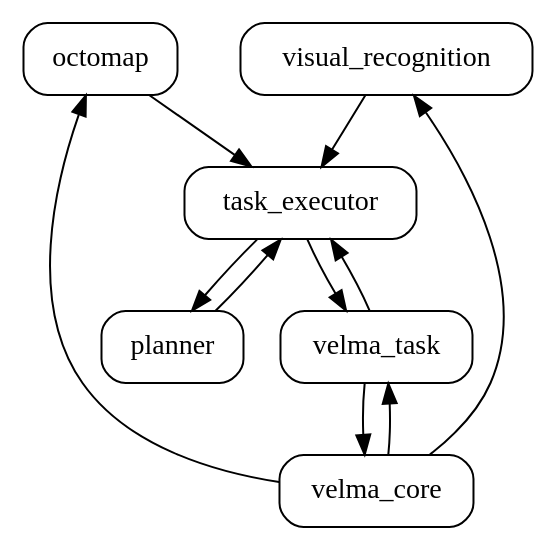
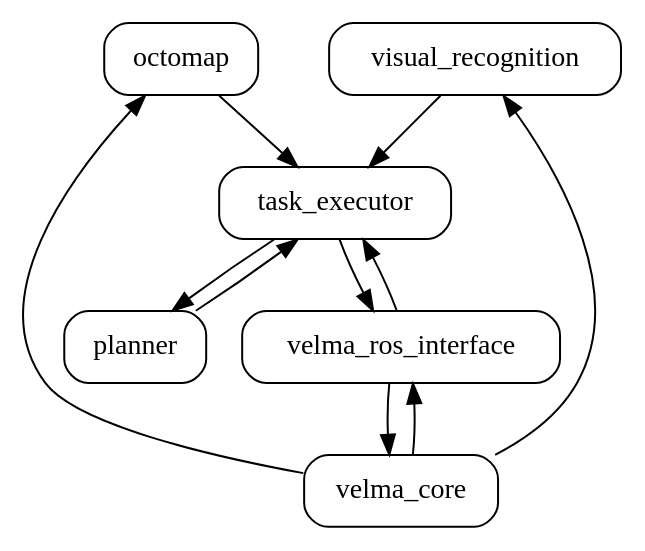
Before and after one commit to RCPRG-ros-pkg/velma_docs: the diagram in public/img/agents_example.dot, drawn with Graphviz. The commit also changed 12 other files, not shown here.

Commit message:
changed velma_task to velma_ros_interface

```diff
--- a/public/img/agents_example.dot
+++ b/public/img/agents_example.dot
@@ -1,24 +1,24 @@
 digraph graphname {
     task  [style=filled shape=box style=rounded label = "task_executor"];
     agent_a [style=filled shape=box style=rounded label = "planner"];
     agent_b [style=filled shape=box style=rounded label = "octomap"];
     agent_c [style=filled shape=box style=rounded label = "visual_recognition"];
-    velma_task [style=filled shape=box style=rounded label = "velma_task"];
+    velma_ros_interface [style=filled shape=box style=rounded label = "velma_ros_interface"];
     {rank=sink velma_core [style=filled shape=box style=rounded label = "velma_core"];}
 
-    velma_task -> velma_core;
-    velma_core -> velma_task;
+    velma_ros_interface -> velma_core;
+    velma_core -> velma_ros_interface;
     velma_core -> agent_b;
     velma_core -> agent_c;
 
     task -> agent_a;
 
-    velma_task -> task;
-    task -> velma_task;
+    velma_ros_interface -> task;
+    task -> velma_ros_interface;
 
     agent_a -> task;
     agent_b -> task;
     agent_c -> task;
 
     margin=0;   # for whole graph
 }
```
